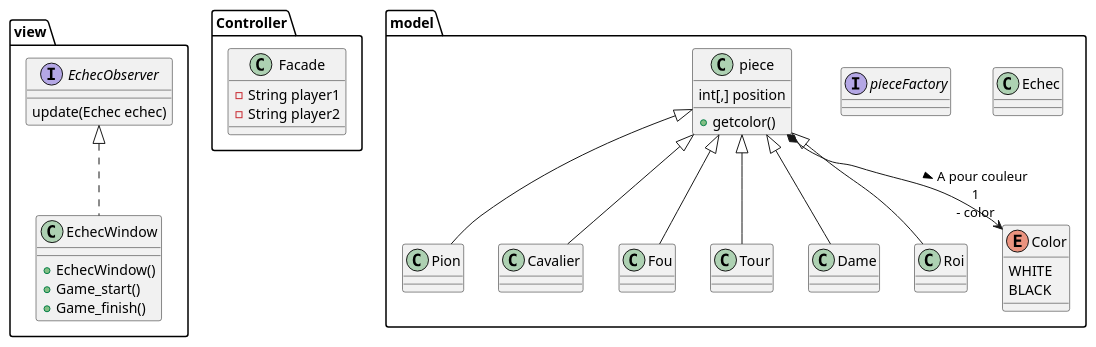
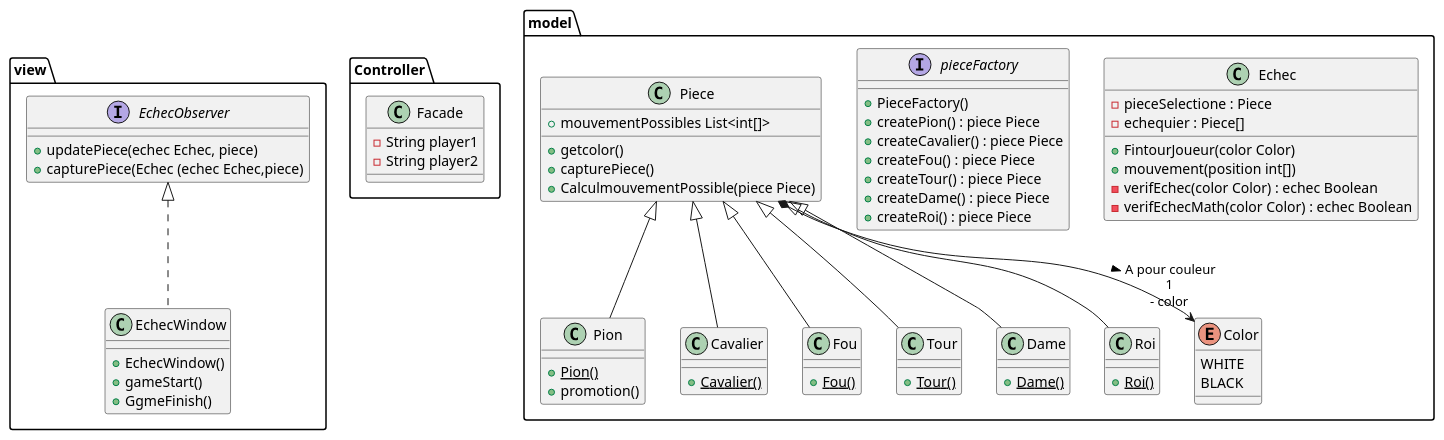
One commit to Dubimasa/Echec changed the diagram in Echec/diagsUML/Diagramme_Class_Echec.puml. Above: the diagram before and after it, drawn with PlantUML. The commit also changed 1 other file, not shown here.

Commit message:
Modification de diagramme de classe

```diff
--- a/Echec/diagsUML/Diagramme_Class_Echec.puml
+++ b/Echec/diagsUML/Diagramme_Class_Echec.puml
@@ -1,54 +1,89 @@
 @startuml
 'https://plantuml.com/class-diagram
 
 
 Package view{
     interface EchecObserver
     {
-        update(Echec echec)
+        +updatePiece(echec Echec, piece)
+        +capturePiece(Echec (echec Echec,piece)
     }
     class EchecWindow implements EchecObserver
     {
      +EchecWindow()
-     +Game_start()
-     +Game_finish()
+     +gameStart()
+     +GgmeFinish()
     }
 
 }
 Package Controller
 {
     class Facade
     {
         -String player1
         -String player2
-
     }
 }
 Package model
 {
     class Echec {
 
+    -pieceSelectione : Piece
+    -echequier : Piece[]
+    +FintourJoueur(color Color)
+    +mouvement(position int[])
+    -verifEchec(color Color) : echec Boolean
+    -verifEchecMath(color Color) : echec Boolean
     }
     Interface pieceFactory
     {
+        +PieceFactory()
+        +createPion() : piece Piece
+        +createCavalier() : piece Piece
+        +createFou() : piece Piece
+        +createTour() : piece Piece
+        +createDame() : piece Piece
+        +createRoi() : piece Piece
     }
-    class piece
+    class Piece
     {
-        int[,] position
+        +mouvementPossibles List<int[]>
         +getcolor()
+        +capturePiece()
+        +CalculmouvementPossible(piece Piece)
     }
-    class Pion extends piece
-    class Cavalier extends piece
-    class Fou extends piece
-    class Tour extends piece
-    class Dame extends piece
-    class Roi extends piece
+    class Pion extends Piece
+    {
+        +{static}Pion()
+        +promotion()
+    }
+    class Cavalier extends Piece
+    {
+    +{static}Cavalier()
+    }
+    class Fou extends Piece
+    {
+    +{static}Fou()
+    }
+    class Tour extends Piece
+    {
+    +{static}Tour()
+    }
+    class Dame extends Piece
+    {
+    +{static}Dame()
+    }
+    class Roi extends Piece
+    {
+    +{static}Roi()
+    }
     Enum Color
     {
         WHITE
         BLACK
     }
 }
-piece *--> "1\n- color" Color : > A pour couleur
+
+Piece *--> "1\n- color" Color : > A pour couleur
 
 @enduml
```
